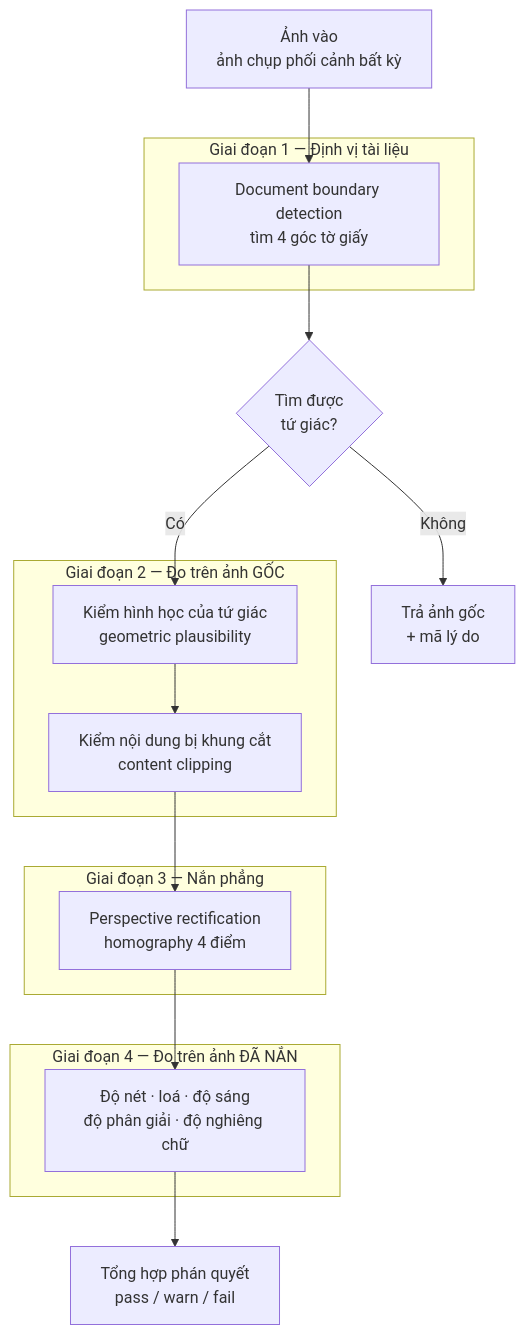
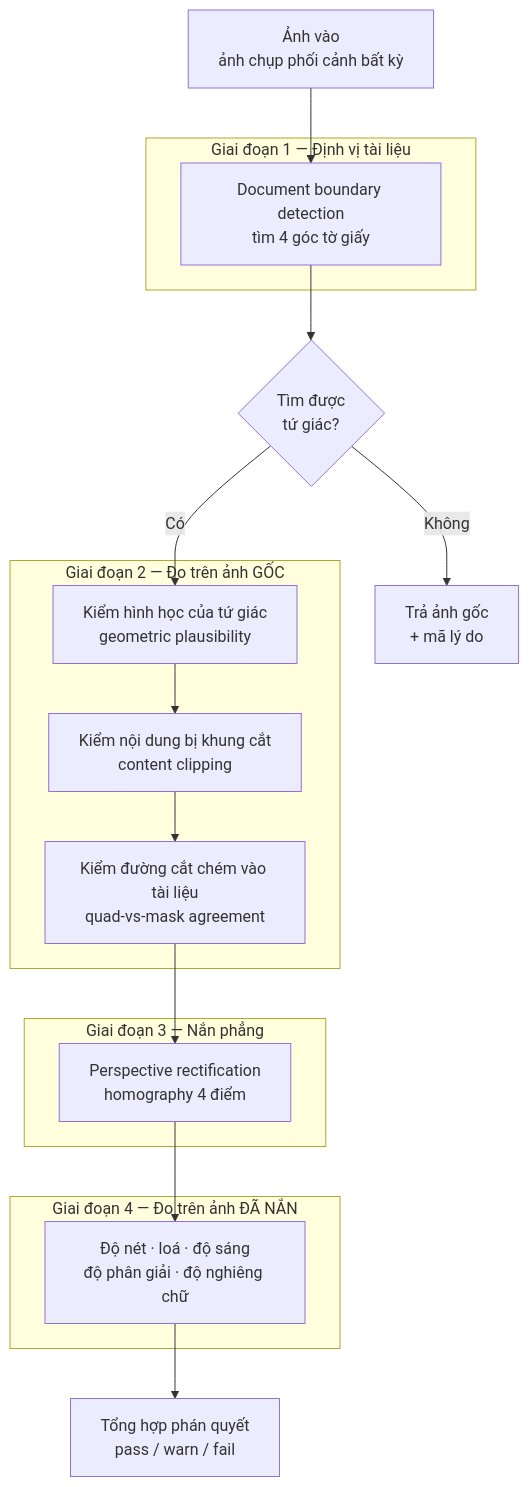
One commit to Jester6136/qc_scanner changed the first of 10 diagrams in docs/thuat-toan.md. Above: the diagram before and after it, drawn with Mermaid. The commit also changed other lines of this file and 11 other files, not shown here.

First line of the commit message:
QC-22: bắt đường cắt của chính ta chém vào tài liệu

````diff
--- a/docs/thuat-toan.md
+++ b/docs/thuat-toan.md
@@ -21,31 +21,32 @@
 ```mermaid
 flowchart TD
     A["Ảnh vào<br/>ảnh chụp phối cảnh bất kỳ"] --> B
 
     subgraph GD["Giai đoạn 1 — Định vị tài liệu"]
         B["Document boundary detection<br/>tìm 4 góc tờ giấy"]
     end
 
     B --> C{"Tìm được<br/>tứ giác?"}
     C -- "Không" --> Z["Trả ảnh gốc<br/>+ mã lý do"]
     C -- "Có" --> D
 
     subgraph GH["Giai đoạn 2 — Đo trên ảnh GỐC"]
         D["Kiểm hình học của tứ giác<br/>geometric plausibility"]
         E["Kiểm nội dung bị khung cắt<br/>content clipping"]
+        E2["Kiểm đường cắt chém vào tài liệu<br/>quad-vs-mask agreement"]
     end
 
-    D --> E --> F
+    D --> E --> E2 --> F
 
     subgraph GN["Giai đoạn 3 — Nắn phẳng"]
         F["Perspective rectification<br/>homography 4 điểm"]
     end
 
     F --> G
 
     subgraph GQ["Giai đoạn 4 — Đo trên ảnh ĐÃ NẮN"]
         G["Độ nét · loá · độ sáng<br/>độ phân giải · độ nghiêng chữ"]
     end
 
     G --> H["Tổng hợp phán quyết<br/>pass / warn / fail"]
 ```
````
